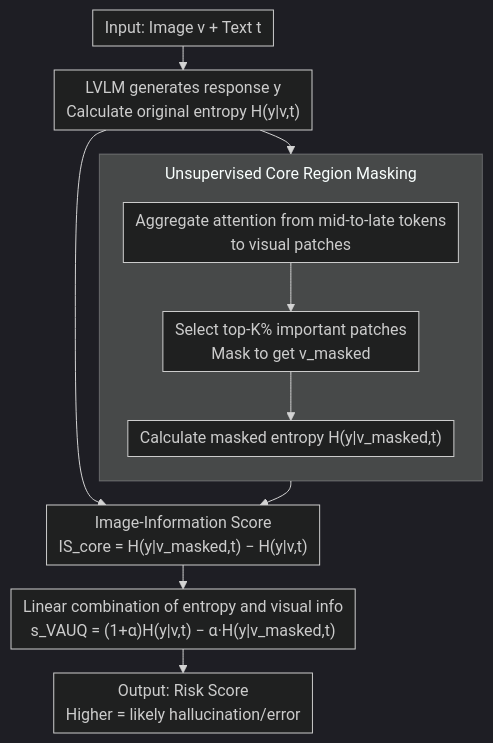
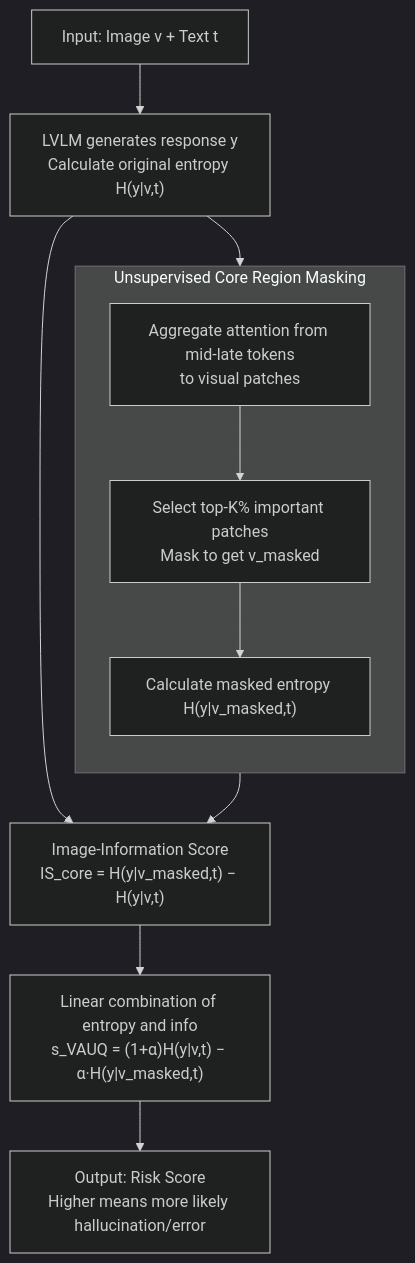
The diagram in docs/ACL2026/multimodal_vlm/vauq_vision-aware_uncertainty_quantification_for_lvlm_self-evaluation.md (zhaoyang97/Paper-Notes-en), drawn with Mermaid (dark theme) before and after one commit. The commit also changed other lines of this file and 5084 other files, not shown here.

````diff
--- a/docs/ACL2026/multimodal_vlm/vauq_vision-aware_uncertainty_quantification_for_lvlm_self-evaluation.md
+++ b/docs/ACL2026/multimodal_vlm/vauq_vision-aware_uncertainty_quantification_for_lvlm_self-evaluation.md
@@ -48,15 +48,14 @@
 ```mermaid
-%%{init: {'flowchart': {'rankSpacing': 24, 'nodeSpacing': 28, 'padding': 6, 'wrappingWidth': 400, 'subGraphTitleMargin': {'top': 8, 'bottom': 16}}}}%%
-flowchart TD
+graph TD
     A["Input: Image v + Text t"] --> B["LVLM generates response y<br/>Calculate original entropy H(y|v,t)"]
     B --> C
     subgraph MASK["Unsupervised Core Region Masking"]
         direction TB
-        C["Aggregate attention from mid-to-late tokens<br/>to visual patches"] --> D["Select top-K% important patches<br/>Mask to get v_masked"]
+        C["Aggregate attention from mid-late tokens<br/>to visual patches"] --> D["Select top-K% important patches<br/>Mask to get v_masked"]
         D --> E["Calculate masked entropy H(y|v_masked,t)"]
     end
     E --> F["Image-Information Score<br/>IS_core = H(y|v_masked,t) − H(y|v,t)"]
     B --> F
-    F --> G["Linear combination of entropy and visual info<br/>s_VAUQ = (1+α)H(y|v,t) − α·H(y|v_masked,t)"]
-    G --> H["Output: Risk Score<br/>Higher = likely hallucination/error"]
+    F --> G["Linear combination of entropy and info<br/>s_VAUQ = (1+α)H(y|v,t) − α·H(y|v_masked,t)"]
+    G --> H["Output: Risk Score<br/>Higher means more likely hallucination/error"]
 ```
````
